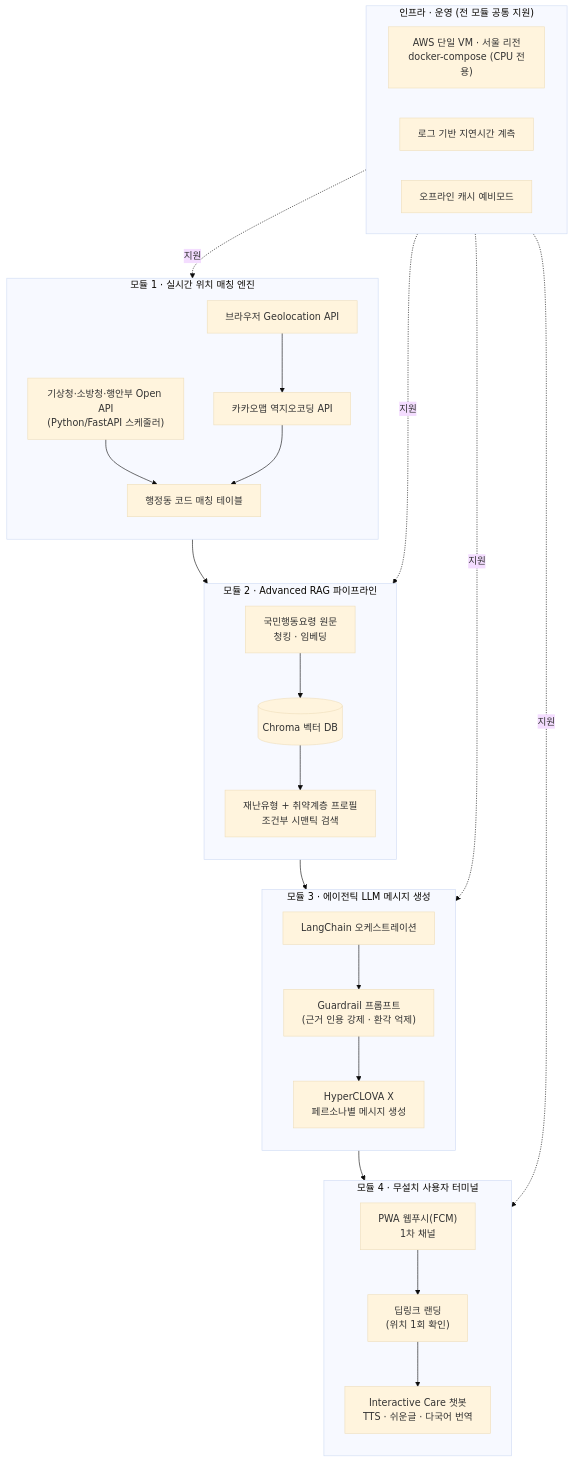
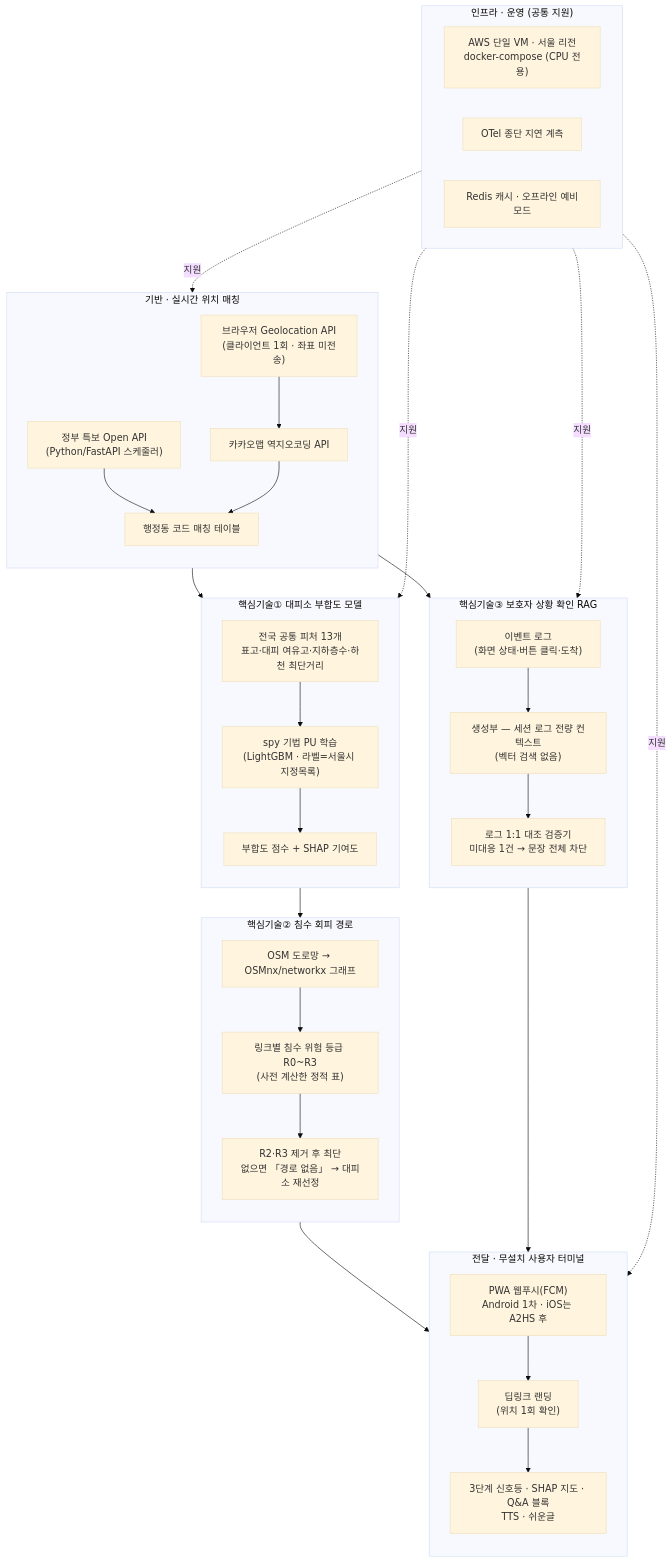
One commit to team-savers/savers-project changed the third of 5 diagrams in docs/공통_가이드/아키텍처.md. Above: the diagram before and after it, drawn with Mermaid (base theme). The commit also changed other lines of this file and 15 other files, not shown here.

````diff
--- a/docs/공통_가이드/아키텍처.md
+++ b/docs/공통_가이드/아키텍처.md
@@ -37,51 +82,58 @@
 ```mermaid
 flowchart TB
-    subgraph M1["모듈 1 · 실시간 위치 매칭 엔진"]
+    subgraph M1["기반 · 실시간 위치 매칭"]
         direction TB
-        M1a["기상청·소방청·행안부 Open API<br/>(Python/FastAPI 스케줄러)"]
+        M1a["정부 특보 Open API<br/>(Python/FastAPI 스케줄러)"]
         M1b["행정동 코드 매칭 테이블"]
-        M1c["브라우저 Geolocation API"]
+        M1c["브라우저 Geolocation API<br/>(클라이언트 1회 · 좌표 미전송)"]
         M1d["카카오맵 역지오코딩 API"]
         M1a --> M1b
         M1c --> M1d --> M1b
     end
 
-    subgraph M2["모듈 2 · Advanced RAG 파이프라인"]
+    subgraph M2["핵심기술① 대피소 부합도 모델"]
         direction TB
-        M2a["국민행동요령 원문<br/>청킹 · 임베딩"]
-        M2b[("Chroma 벡터 DB")]
-        M2c["재난유형 + 취약계층 프로필<br/>조건부 시맨틱 검색"]
+        M2a["전국 공통 피처 13개<br/>표고·대피 여유고·지하층수·하천 최단거리"]
+        M2b["spy 기법 PU 학습<br/>(LightGBM · 라벨=서울시 지정목록)"]
+        M2c["부합도 점수 + SHAP 기여도"]
         M2a --> M2b --> M2c
     end
 
-    subgraph M3["모듈 3 · 에이전틱 LLM 메시지 생성"]
+    subgraph M3["핵심기술③ 보호자 상황 확인 RAG"]
         direction TB
-        M3a["LangChain 오케스트레이션"]
-        M3b["Guardrail 프롬프트<br/>(근거 인용 강제 · 환각 억제)"]
-        M3c["HyperCLOVA X<br/>페르소나별 메시지 생성"]
+        M3a["이벤트 로그<br/>(화면 상태·버튼 클릭·도착)"]
+        M3b["생성부 — 세션 로그 전량 컨텍스트<br/>(벡터 검색 없음)"]
+        M3c["로그 1:1 대조 검증기<br/>미대응 1건 → 문장 전체 차단"]
         M3a --> M3b --> M3c
     end
 
-    subgraph M4["모듈 4 · 무설치 사용자 터미널"]
+    subgraph MR["핵심기술② 침수 회피 경로"]
         direction TB
-        M4a["PWA 웹푸시(FCM)<br/>1차 채널"]
+        MRa["OSM 도로망 → OSMnx/networkx 그래프"]
+        MRb["링크별 침수 위험 등급 R0~R3<br/>(사전 계산한 정적 표)"]
+        MRc["R2·R3 제거 후 최단<br/>없으면 「경로 없음」 → 대피소 재선정"]
+        MRa --> MRb --> MRc
+    end
+
+    subgraph M4["전달 · 무설치 사용자 터미널"]
+        direction TB
+        M4a["PWA 웹푸시(FCM)<br/>Android 1차 · iOS는 A2HS 후"]
         M4b["딥링크 랜딩<br/>(위치 1회 확인)"]
-        M4c["Interactive Care 챗봇<br/>TTS · 쉬운글 · 다국어 번역"]
+        M4c["3단계 신호등 · SHAP 지도 · Q&A 블록<br/>TTS · 쉬운글"]
         M4a --> M4b --> M4c
     end
 
-    subgraph INFRA["인프라 · 운영 (전 모듈 공통 지원)"]
+    subgraph INFRA["인프라 · 운영 (공통 지원)"]
         direction LR
         I1["AWS 단일 VM · 서울 리전<br/>docker-compose (CPU 전용)"]
-        I2["로그 기반 지연시간 계측"]
-        I3["오프라인 캐시 예비모드"]
+        I2["OTel 종단 지연 계측"]
+        I3["Redis 캐시 · 오프라인 예비모드"]
     end
 
-    M1 --> M2
-    M2 --> M3
-    M3 --> M4
+    M1 --> M2 --> MR --> M4
+    M1 --> M3 --> M4
     INFRA -.지원.-> M1
     INFRA -.지원.-> M2
     INFRA -.지원.-> M3
     INFRA -.지원.-> M4
 ```
````
